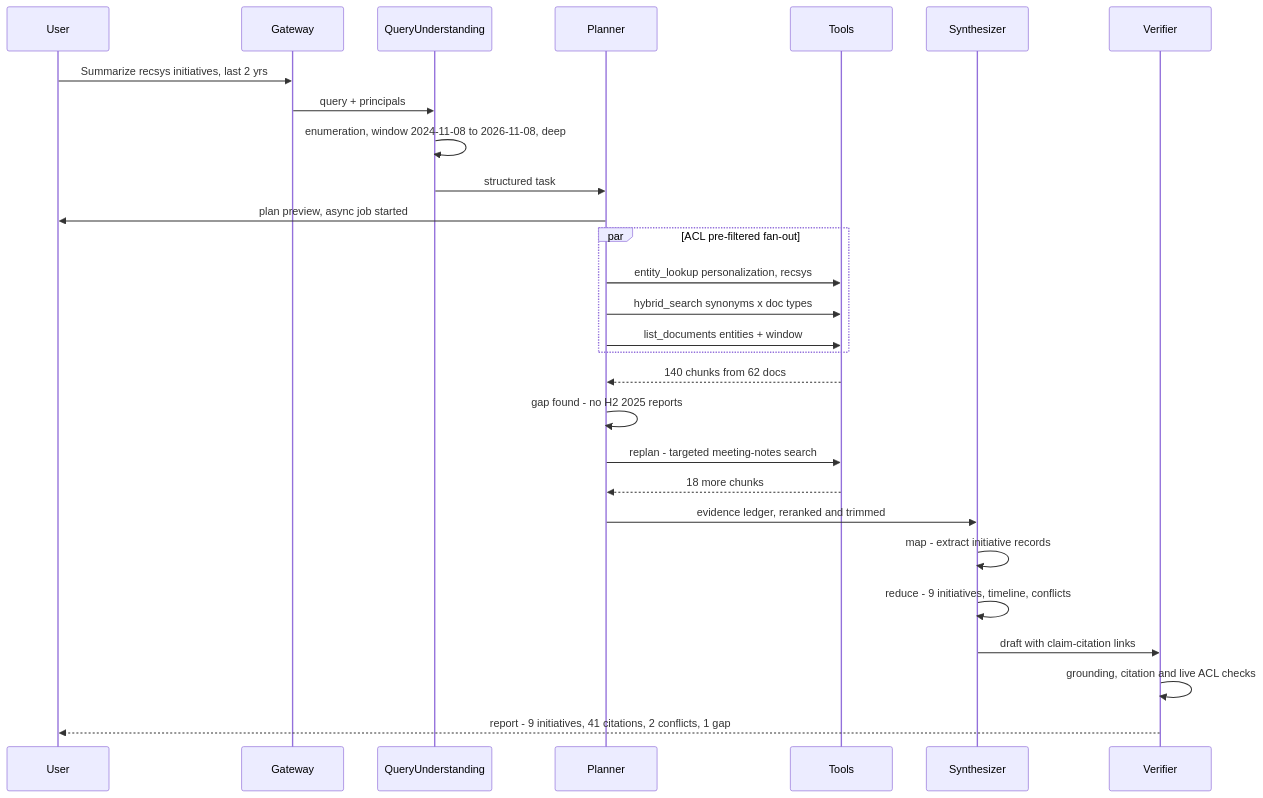
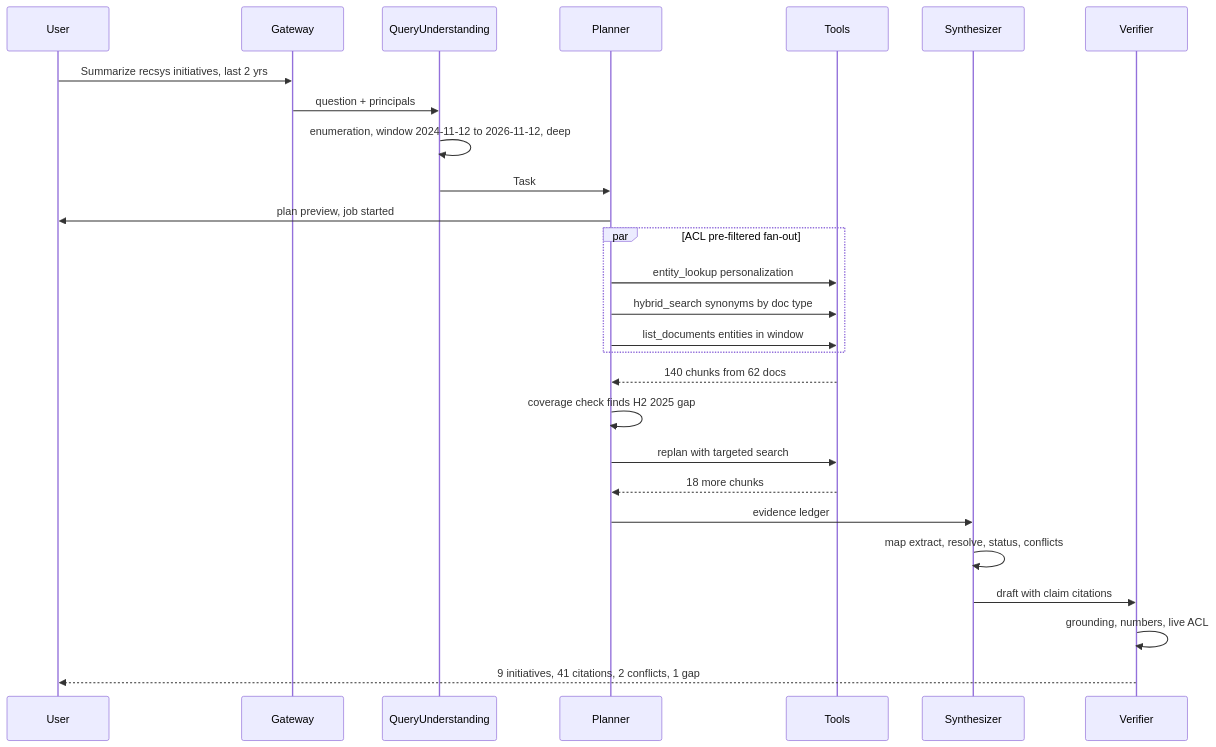
Before and after one commit to hemach-git/EKRA: the fifth of 11 diagrams in docs/design.md, drawn with Mermaid. The commit also changed other lines of this file and 21 other files, not shown here.

First line of the commit message:
Design deep dive v2.0: 6-step framework, behaviour conformance check

````diff
--- a/docs/design.md
+++ b/docs/design.md
@@ -207,30 +552,29 @@
 ```mermaid
 sequenceDiagram
   participant U as User
   participant G as Gateway
   participant Q as QueryUnderstanding
   participant P as Planner
   participant T as Tools
   participant S as Synthesizer
   participant V as Verifier
   U->>G: Summarize recsys initiatives, last 2 yrs
-  G->>Q: query + principals
-  Q->>Q: enumeration, window 2024-11-08 to 2026-11-08, deep
-  Q->>P: structured task
-  P->>U: plan preview, async job started
+  G->>Q: question + principals
+  Q->>Q: enumeration, window 2024-11-12 to 2026-11-12, deep
+  Q->>P: Task
+  P->>U: plan preview, job started
   par ACL pre-filtered fan-out
-    P->>T: entity_lookup personalization, recsys
-    P->>T: hybrid_search synonyms x doc types
-    P->>T: list_documents entities + window
+    P->>T: entity_lookup personalization
+    P->>T: hybrid_search synonyms by doc type
+    P->>T: list_documents entities in window
   end
   T-->>P: 140 chunks from 62 docs
-  P->>P: gap found - no H2 2025 reports
-  P->>T: replan - targeted meeting-notes search
+  P->>P: coverage check finds H2 2025 gap
+  P->>T: replan with targeted search
   T-->>P: 18 more chunks
-  P->>S: evidence ledger, reranked and trimmed
-  S->>S: map - extract initiative records
-  S->>S: reduce - 9 initiatives, timeline, conflicts
-  S->>V: draft with claim-citation links
-  V->>V: grounding, citation and live ACL checks
-  V-->>U: report - 9 initiatives, 41 citations, 2 conflicts, 1 gap
+  P->>S: evidence ledger
+  S->>S: map extract, resolve, status, conflicts
+  S->>V: draft with claim citations
+  V->>V: grounding, numbers, live ACL
+  V-->>U: 9 initiatives, 41 citations, 2 conflicts, 1 gap
 ```
````
